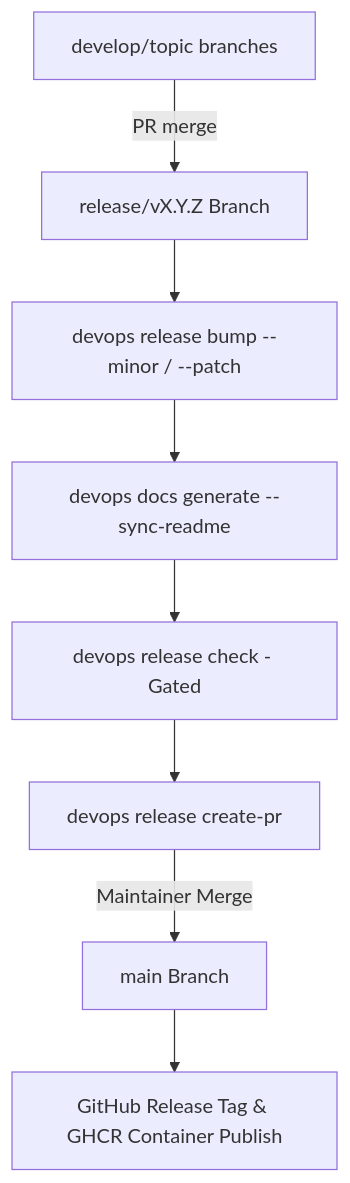
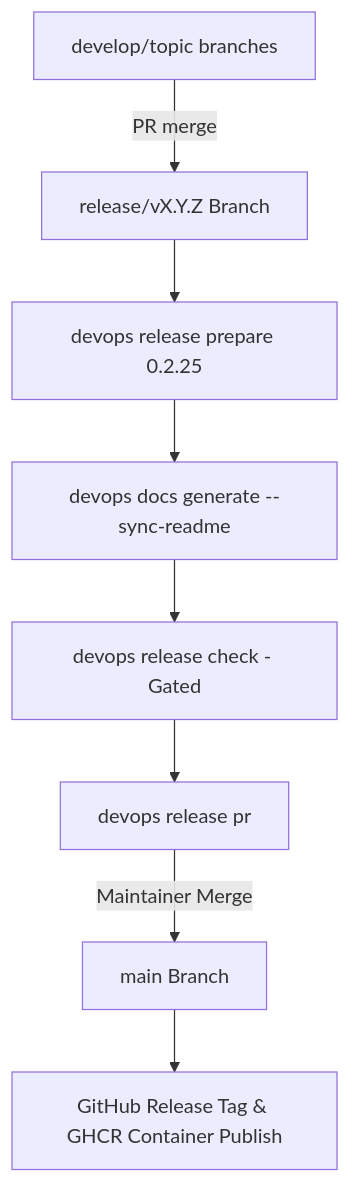
The diagram in src/devops_cli/ai/knowledge_base/devops_cli/tasks/release_management.md (dan-petty/devops-cli), drawn with Mermaid before and after one commit. The commit also changed other lines of this file and 368 other files, not shown here.

````diff
--- a/src/devops_cli/ai/knowledge_base/devops_cli/tasks/release_management.md
+++ b/src/devops_cli/ai/knowledge_base/devops_cli/tasks/release_management.md
@@ -11,10 +11,10 @@
 ```mermaid
 graph TD
     A[develop/topic branches] -->|PR merge| B[release/vX.Y.Z Branch]
-    B --> C[devops release bump --minor / --patch]
+    B --> C[devops release prepare 0.2.25]
     C --> D[devops docs generate --sync-readme]
     D --> E[devops release check - Gated]
-    E --> F[devops release create-pr]
+    E --> F[devops release pr]
     F -->|Maintainer Merge| G[main Branch]
     G --> H[GitHub Release Tag & GHCR Container Publish]
 ```
````
